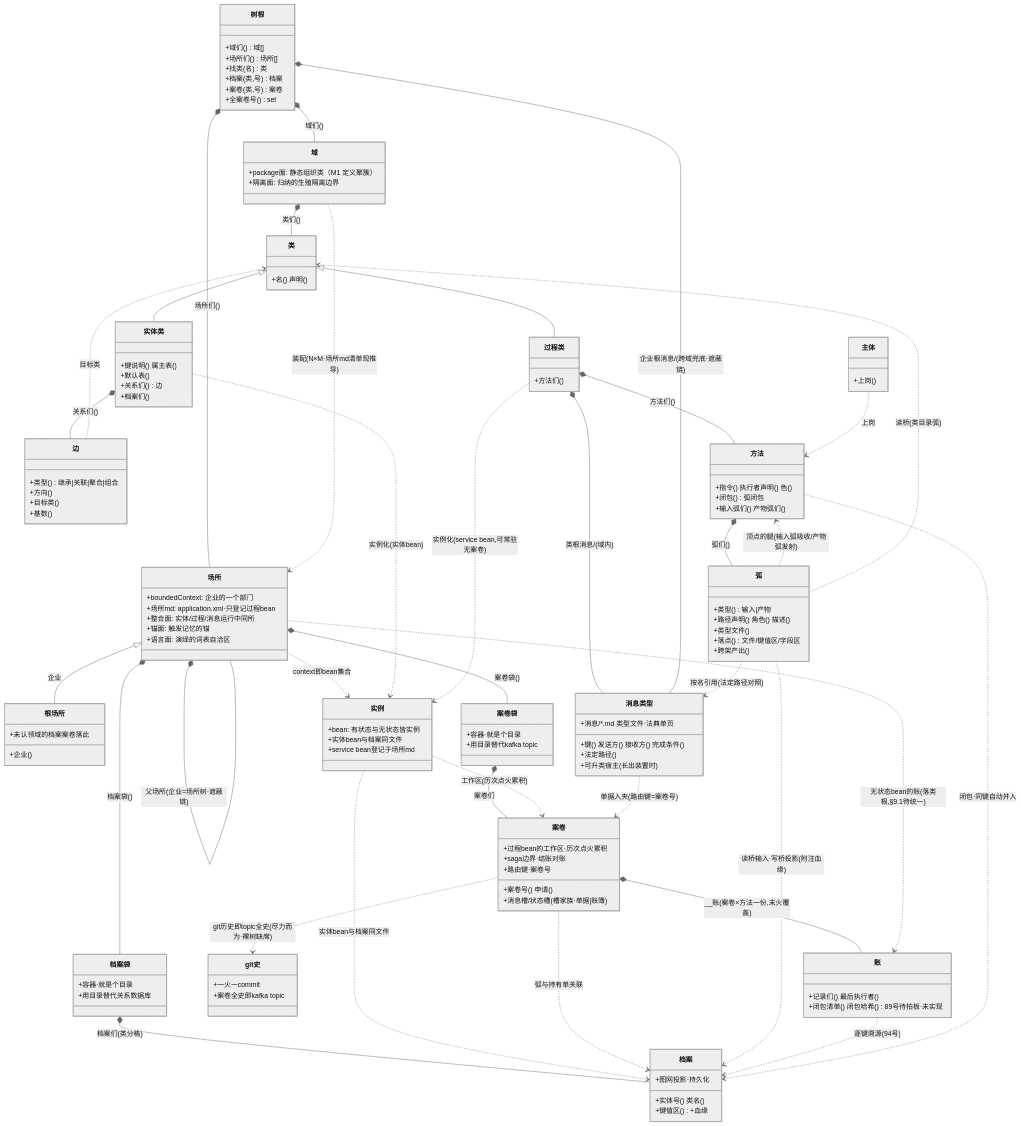
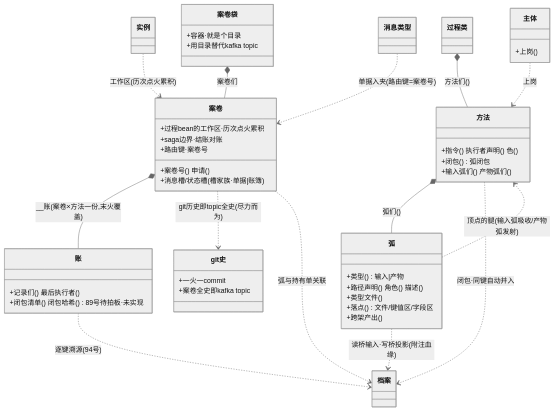
Before and after one commit to guci314/i3dna-explorer: the fourth of 5 diagrams in ARCHITECTURE.md, drawn with Mermaid (neutral theme). The commit also changed other lines of this file and 4 other files, not shown here.

Commit message:
收尾：ARCHITECTURE 终稿、使用手册/架构 PDF、docs（QUICKSTART/DEFECTS）

````diff
--- a/ARCHITECTURE.md
+++ b/ARCHITECTURE.md
@@ -354,72 +469,6 @@
 classDiagram
     direction TB
 
-    %% ═══ 正交概念:树/边界 ═══
-    class 树根 {
-        +域们() 域[]
-        +场所们() 场所[]
-        +找类(名) 类
-        +档案(类,号) 档案
-        +案卷(类,号) 案卷
-        +全案卷号() set
-    }
-    class 域 {
-        +package面: 静态组织类（M1 定义聚簇）
-        +隔离面: 归纳的生殖隔离边界
-    }
-    class 场所 {
-        +boundedContext: 企业的一个部门
-        +场所md: application.xml·只登记过程bean
-        +整合面: 实体/过程/消息运行中同所
-        +锚面: 触发记忆的锚
-        +语言面: 演绎的词表自洽区
-    }
-    class 根场所 {
-        +企业()
-        +未认领域的档案案卷落此
-    }
-
-    %% ═══ 图数据库网:类/实例/边 ═══
-    class 类 {
-        +名() 声明()
-    }
-    class 实体类 {
-        +键说明() 属主表()
-        +默认表()
-        +关系们() 边
-        +档案们()
-    }
-    class 过程类 {
-        +方法们()
-    }
-    class 消息类型 {
-        +消息/*.md 类型文件·法典单页
-        +键() 发送方() 接收方() 完成条件()
-        +法定路径()
-        +可升类宿主(长出装置时)
-    }
-    class 档案 {
-        +实体号() 类名()
-        +键值区() +血缘
-        +图网投影·持久化
-    }
-    class 档案袋 {
-        +容器·就是个目录
-        +用目录替代关系数据库
-    }
-    class 实例 {
-        +bean: 有状态与无状态皆实例
-        +实体bean与档案同文件
-        +service bean登记于场所md
-    }
-    class 边 {
-        +类型() 继承|关联|聚合|组合
-        +方向()
-        +目标类()
-        +基数()
-    }
-
-    %% ═══ Petri网:方法/弧/案卷/账 ═══
     class 方法 {
         +指令() 执行者声明() 色()
         +闭包() 弧闭包
@@ -455,40 +504,17 @@
         +上岗()
     }
 
-    树根 *-- 域 : 域们()
-    树根 *-- 场所 : 场所们()
-    场所 <|-- 根场所 : 企业
-    场所 *-- 场所 : 父场所(企业=场所树·遮蔽链)
-    域 ..> 场所 : 装配(N×M·场所md清单现推导)
-    域 *-- 类 : 类们()
-    场所 *-- 档案袋 : 档案袋()
-    场所 *-- 案卷袋 : 案卷袋()
-    档案袋 *-- 档案 : 档案们(类分格)
-    案卷袋 *-- 案卷 : 案卷们
-    场所 ..> 实例 : context即bean集合
-    实体类 *-- 边 : 关系们()
-    边 ..> 类 : 目标类
-    类 <|-- 实体类
-    类 <|-- 过程类
     过程类 *-- 方法 : 方法们()
     方法 *-- 弧 : 弧们()
     主体 ..> 方法 : 上岗
     弧 ..> 方法 : 顶点的腿(输入弧吸收/产物弧发射)
-
-    实体类 ..> 实例 : 实例化(实体bean)
-    过程类 ..> 实例 : 实例化(service bean,可常驻无案卷)
-    实例 ..> 档案 : 实体bean与档案同文件
     实例 ..> 案卷 : 工作区(历次点火累积)
+    案卷袋 *-- 案卷 : 案卷们
     案卷 *-- 账 : __账(案卷×方法一份,末火覆盖)
-    场所 ..> 账 : 无状态bean的账(落类根,§9.1待统一)
-    案卷 ..> git史 : git历史即topic全史(尽力而为·裸树缺席)
+    案卷 ..> git史 : git历史即topic全史(尽力而为)
     案卷 ..> 档案 : 弧与持有单关联
-    弧 ..> 类 : 读桥(类目录弧)
     弧 ..> 档案 : 读桥输入·写桥投影(附注血缘)
     账 ..> 档案 : 逐键溯源(94号)
     方法 ..> 档案 : 闭包·同键自动并入
-    过程类 *-- 消息类型 : 类根消息/(域内)
-    树根 *-- 消息类型 : 企业根消息/(跨域兜底·遮蔽链)
-    弧 ..> 消息类型 : 按名引用(法定路径对照)
     消息类型 ..> 案卷 : 单据入夹(路由键=案卷号)
 ```
````
